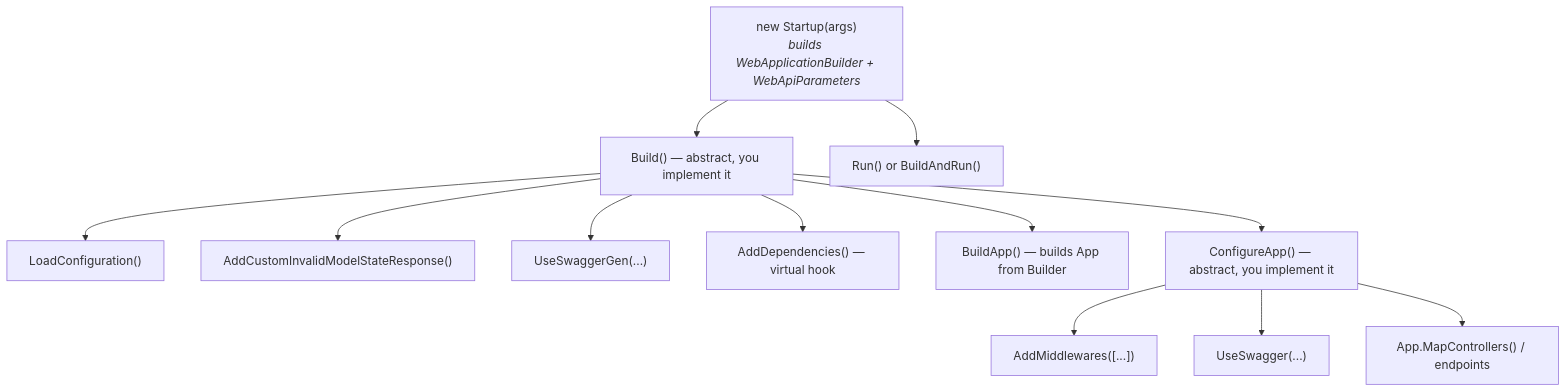
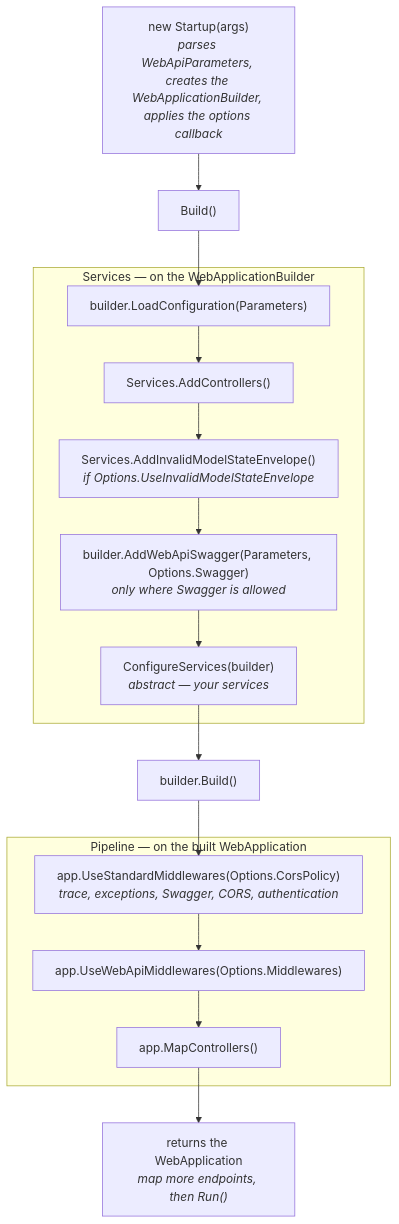
Before and after one commit to artur-rios/dotnet-webapi-util: the diagram in docs/content/en/docs/configuration.md, drawn with Mermaid. The commit also changed other lines of this file and 21 other files, not shown here.

First line of the commit message:
refactor!: make WebApiStartup a standard template

````diff
--- a/docs/content/en/docs/configuration.md
+++ b/docs/content/en/docs/configuration.md
@@ -15,14 +17,18 @@
 ```mermaid
 flowchart TB
-    New["new Startup(args)<br/><i>builds WebApplicationBuilder + WebApiParameters</i>"] --> Build["Build() — abstract, you implement it"]
-    Build --> LoadConfig["LoadConfiguration()"]
-    Build --> InvalidModel["AddCustomInvalidModelStateResponse()"]
-    Build --> SwaggerGen["UseSwaggerGen(...)"]
-    Build --> Deps["AddDependencies() — virtual hook"]
-    Build --> BuildApp["BuildApp() — builds App from Builder"]
-    Build --> ConfigureApp["ConfigureApp() — abstract, you implement it"]
-    ConfigureApp --> Middlewares["AddMiddlewares([...])"]
-    ConfigureApp --> Swagger["UseSwagger(...)"]
-    ConfigureApp --> Map["App.MapControllers() / endpoints"]
-    New --> Run["Run() or BuildAndRun()"]
+    New["new Startup(args)<br/><i>parses WebApiParameters, creates the WebApplicationBuilder, applies the options callback</i>"] --> Build["Build()"]
+    subgraph Services["Services — on the WebApplicationBuilder"]
+        Load["builder.LoadConfiguration(Parameters)"] --> Controllers["Services.AddControllers()"]
+        Controllers --> Envelope["Services.AddInvalidModelStateEnvelope()<br/><i>if Options.UseInvalidModelStateEnvelope</i>"]
+        Envelope --> SwaggerGen["builder.AddWebApiSwagger(Parameters, Options.Swagger)<br/><i>only where Swagger is allowed</i>"]
+        SwaggerGen --> Configure["ConfigureServices(builder)<br/><i>abstract — your services</i>"]
+    end
+    subgraph Pipeline["Pipeline — on the built WebApplication"]
+        Standard["app.UseStandardMiddlewares(Options.CorsPolicy)<br/><i>trace, exceptions, Swagger, CORS, authentication</i>"] --> Extra["app.UseWebApiMiddlewares(Options.Middlewares)"]
+        Extra --> Map["app.MapControllers()"]
+    end
+    Build --> Load
+    Configure --> AppBuild["builder.Build()"]
+    AppBuild --> Standard
+    Map --> Return["returns the WebApplication<br/><i>map more endpoints, then Run()</i>"]
 ```
````
